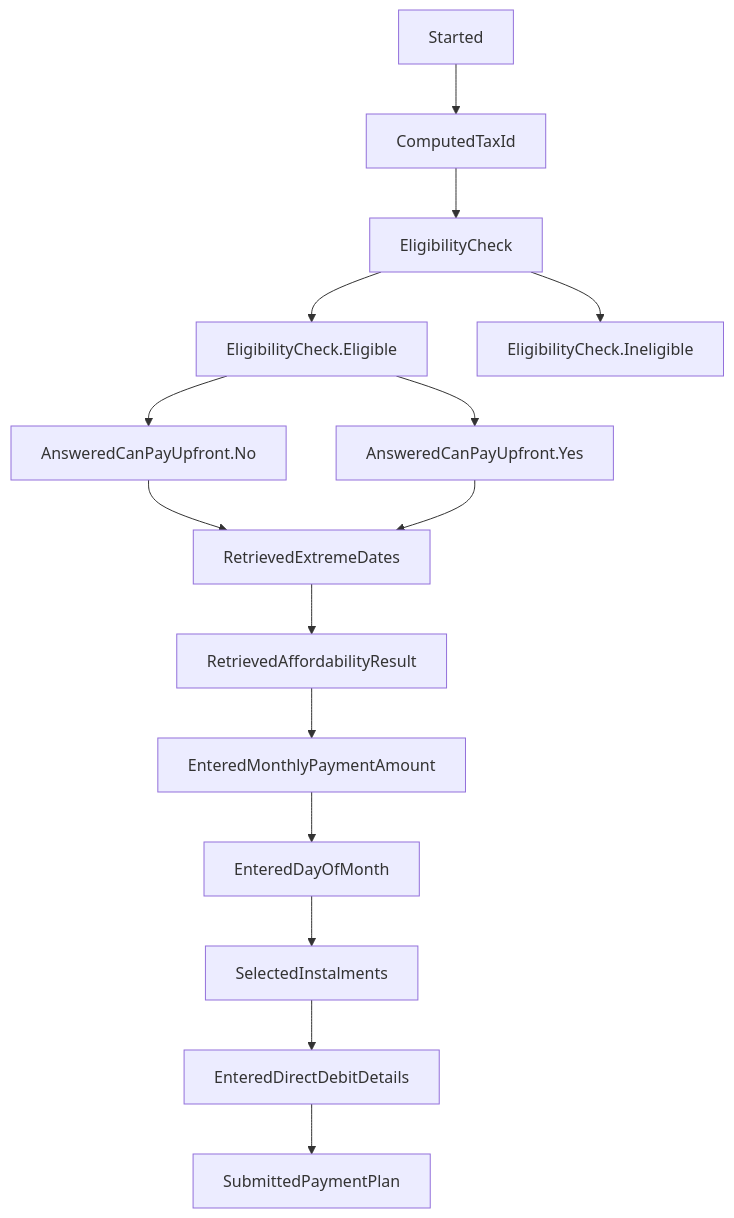
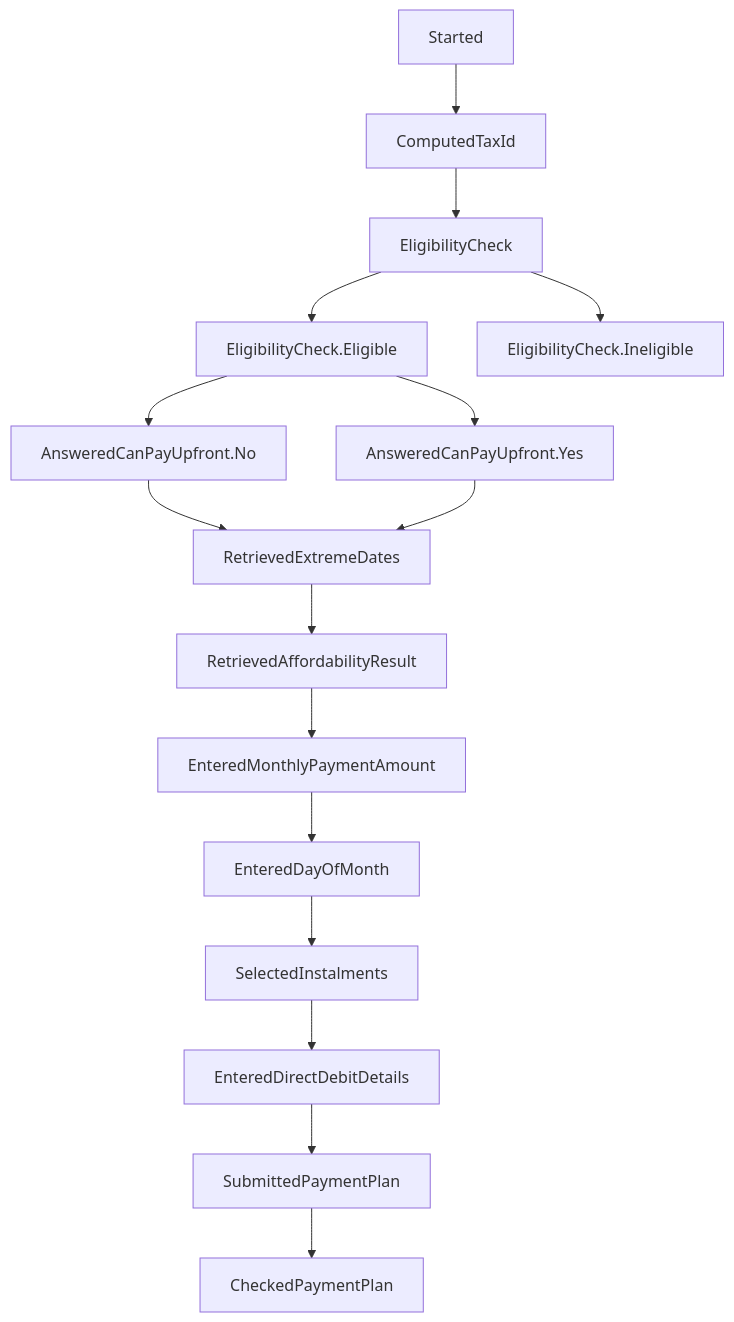
Before and after one commit to hmrc/essttp-backend: the diagram in README.md, drawn with Mermaid. The commit also changed 22 other files, not shown here.

First line of the commit message:
[AC][SUPP-158] update has checked payment plan (#33)

````diff
--- a/README.md
+++ b/README.md
@@ -16,17 +16,18 @@
 ```mermaid
 graph TD;
     Started --> ComputedTaxId;
     ComputedTaxId --> EligibilityCheck;
     EligibilityCheck --> EligibilityCheck.Eligible;
     EligibilityCheck --> EligibilityCheck.Ineligible;
     EligibilityCheck.Eligible --> AnsweredCanPayUpfront.Yes;
     EligibilityCheck.Eligible --> AnsweredCanPayUpfront.No;
     AnsweredCanPayUpfront.No --> RetrievedExtremeDates;
     AnsweredCanPayUpfront.Yes --> RetrievedExtremeDates;
     RetrievedExtremeDates --> RetrievedAffordabilityResult;
     RetrievedAffordabilityResult --> EnteredMonthlyPaymentAmount;
     EnteredMonthlyPaymentAmount --> EnteredDayOfMonth;
     EnteredDayOfMonth --> SelectedInstalments;
     SelectedInstalments --> EnteredDirectDebitDetails;
     EnteredDirectDebitDetails --> SubmittedPaymentPlan;
+    SubmittedPaymentPlan --> CheckedPaymentPlan;
 ```
````
